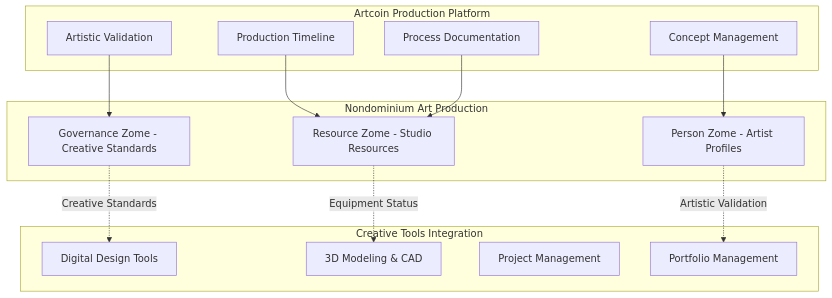
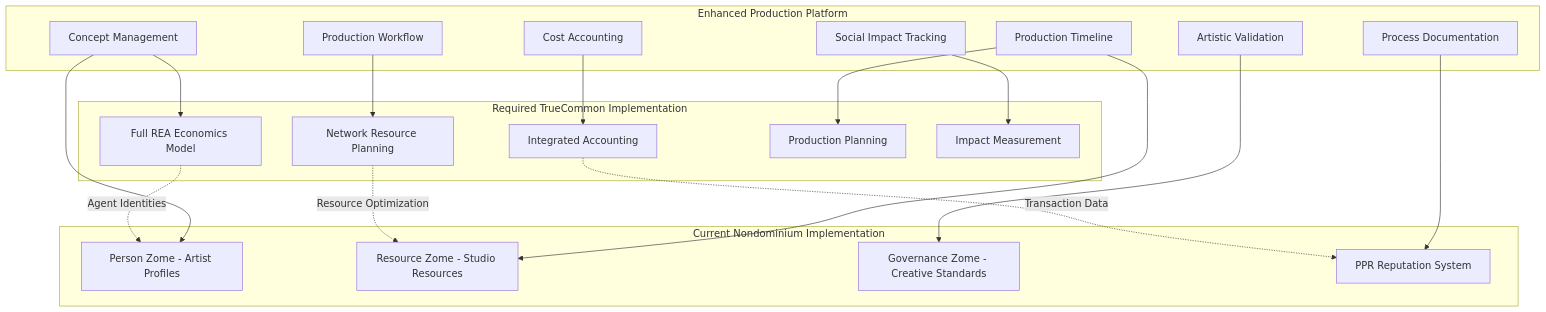
The ninth of 10 diagrams in documentation/Applications/user-story/user-story-artist-production.md (Sensorica/nondominium), drawn with Mermaid before and after one commit. The commit also changed other lines of this file and 4 other files, not shown here.

First line of the commit message:
docs: enhance user stories with system architecture context

````diff
--- a/documentation/Applications/user-story/user-story-artist-production.md
+++ b/documentation/Applications/user-story/user-story-artist-production.md
@@ -292,31 +335,45 @@
 ```mermaid
 graph TB
-    subgraph "Artcoin Production Platform"
+    subgraph "Current Nondominium Implementation"
+        ND_Person[Person Zome - Artist Profiles]
+        ND_Resource[Resource Zome - Studio Resources]
+        ND_Governance[Governance Zome - Creative Standards]
+        PPR[PPR Reputation System]
+    end
+
+    subgraph "Required TrueCommon Implementation"
+        TC_REA[Full REA Economics Model]
+        TC_NRP[Network Resource Planning]
+        TC_Accounting[Integrated Accounting]
+        TC_Planning[Production Planning]
+        TC_Impact[Impact Measurement]
+    end
+
+    subgraph "Enhanced Production Platform"
         Creative[Concept Management]
         Scheduling[Production Timeline]
         Quality[Artistic Validation]
         Documentation[Process Documentation]
+        Financial[Cost Accounting]
+        Impact[Social Impact Tracking]
+        Workflow[Production Workflow]
     end
 
-    subgraph "Nondominium Art Production"
-        Person[Person Zome - Artist Profiles]
-        Resource[Resource Zome - Studio Resources]
-        Governance[Governance Zome - Creative Standards]
-    end
+    %% Current Nondominium Connections
+    Creative --> ND_Person
+    Scheduling --> ND_Resource
+    Quality --> ND_Governance
+    Documentation --> PPR
 
-    subgraph "Creative Tools Integration"
-        Design[Digital Design Tools]
-        CAD[3D Modeling & CAD]
-        Project[Project Management]
-        Portfolio[Portfolio Management]
-    end
+    %% TrueCommon Integration
+    Financial --> TC_Accounting
+    Workflow --> TC_NRP
+    Impact --> TC_Impact
+    Scheduling --> TC_Planning
+    Creative --> TC_REA
 
-    Creative --> Person
-    Scheduling --> Resource
-    Quality --> Governance
-    Documentation --> Resource
-
-    Person -.-> |Artistic Validation| Portfolio
-    Resource -.-> |Equipment Status| CAD
-    Governance -.-> |Creative Standards| Design
+    %% Cross-system integration
+    TC_NRP -.-> |Resource Optimization| ND_Resource
+    TC_Accounting -.-> |Transaction Data| PPR
+    TC_REA -.-> |Agent Identities| ND_Person
 ```
````
